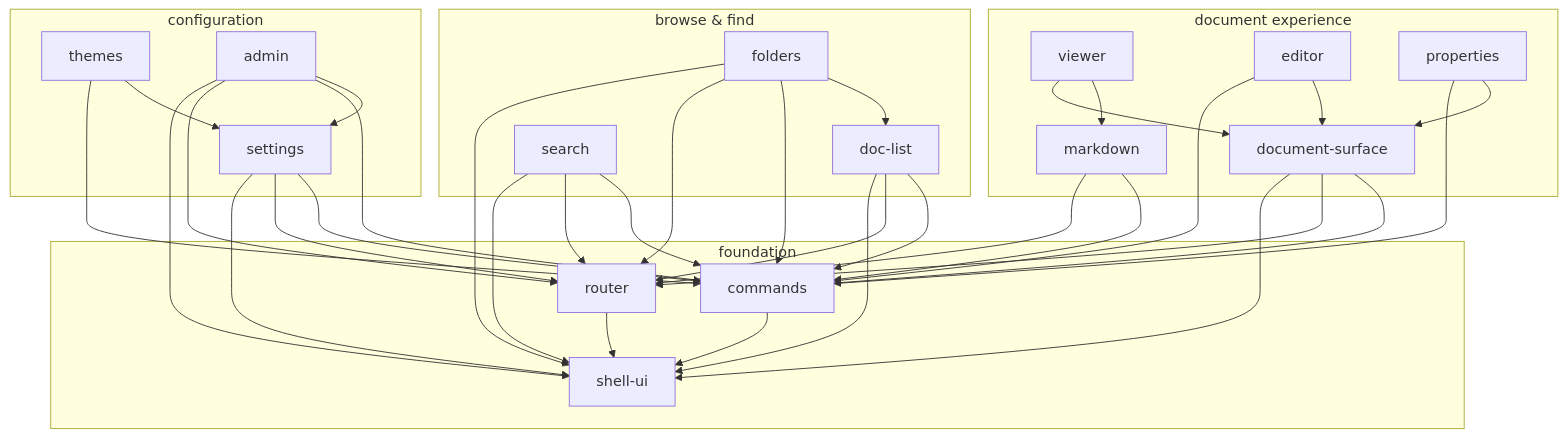
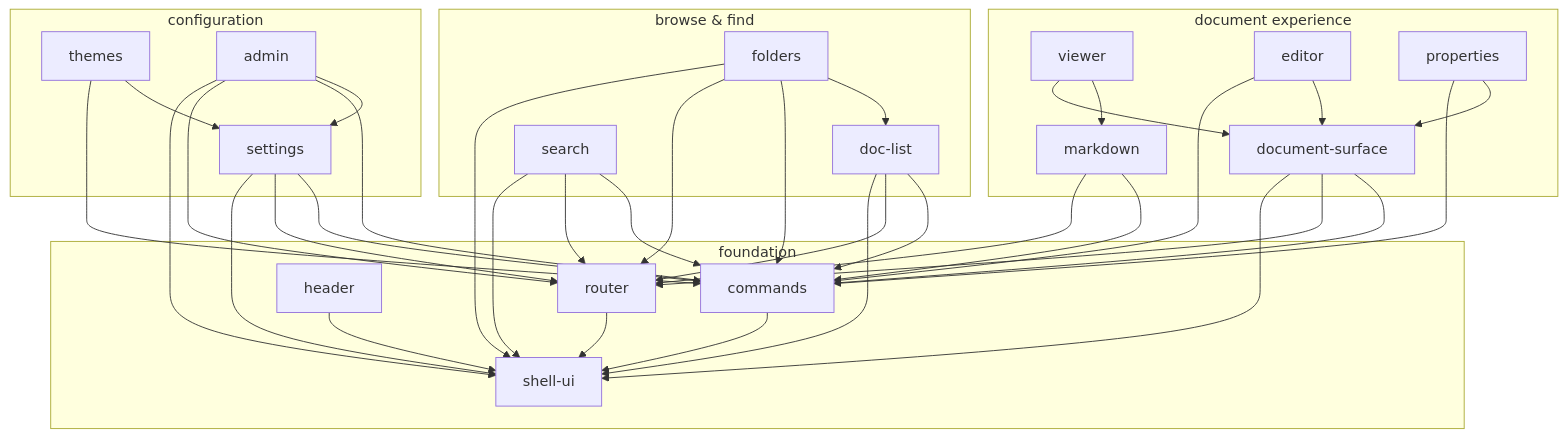
The diagram in plugins/base/README.md (hamolicious/ddd), drawn with Mermaid before and after one commit. The commit also changed other lines of this file and 61 other files, not shown here.

````diff
--- a/plugins/base/README.md
+++ b/plugins/base/README.md
@@ -58,35 +59,36 @@
 ```mermaid
 flowchart TD
     subgraph documents ["document experience"]
         viewer --> markdown
         viewer --> document-surface
         editor --> document-surface
         properties --> document-surface
     end
 
     subgraph browse ["browse & find"]
         folders --> doc-list
         search
     end
 
     subgraph config ["configuration"]
         themes --> settings
         admin --> settings
     end
 
     subgraph foundation ["foundation"]
         router --> shell-ui
         commands --> shell-ui
+        header --> shell-ui
     end
 
     markdown --> commands & router
     document-surface --> commands & router & shell-ui
     editor --> commands
     properties --> commands
     doc-list --> commands & router & shell-ui
     folders --> commands & router & shell-ui
     search --> commands & router & shell-ui
     settings --> commands & router & shell-ui
     admin --> commands & router & shell-ui
     themes --> commands
 ```
````
